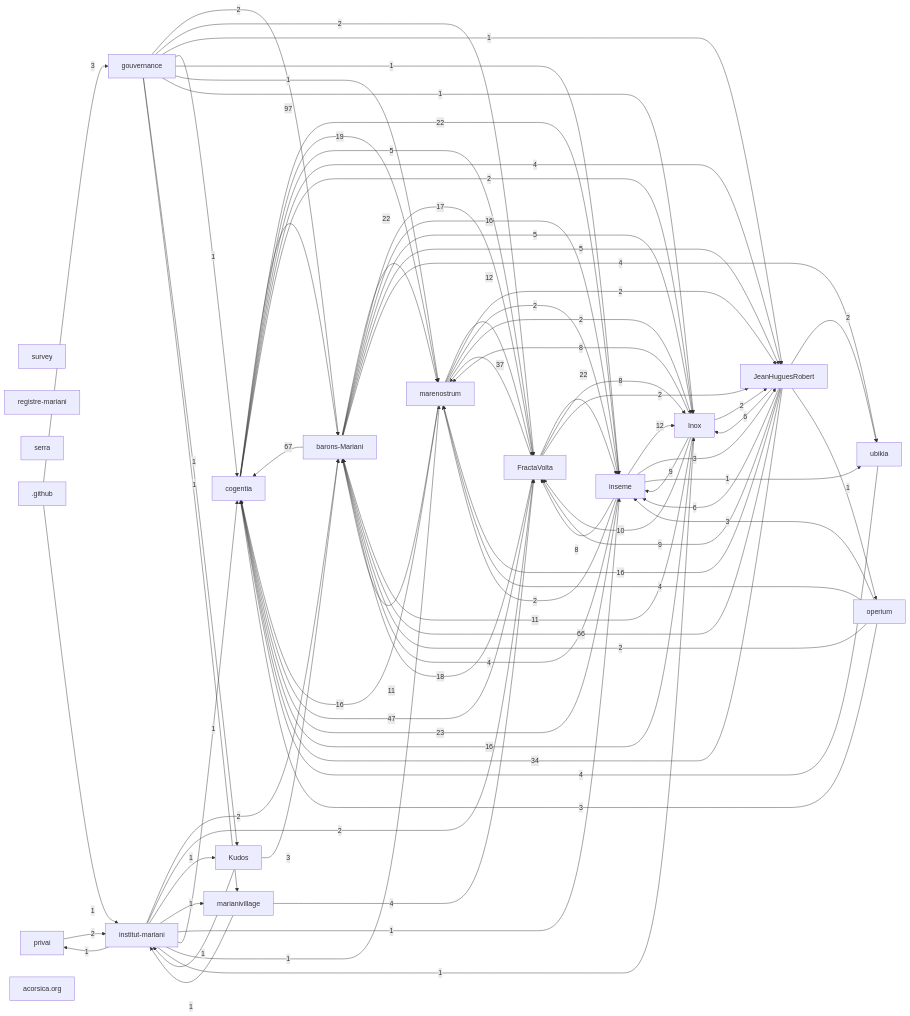
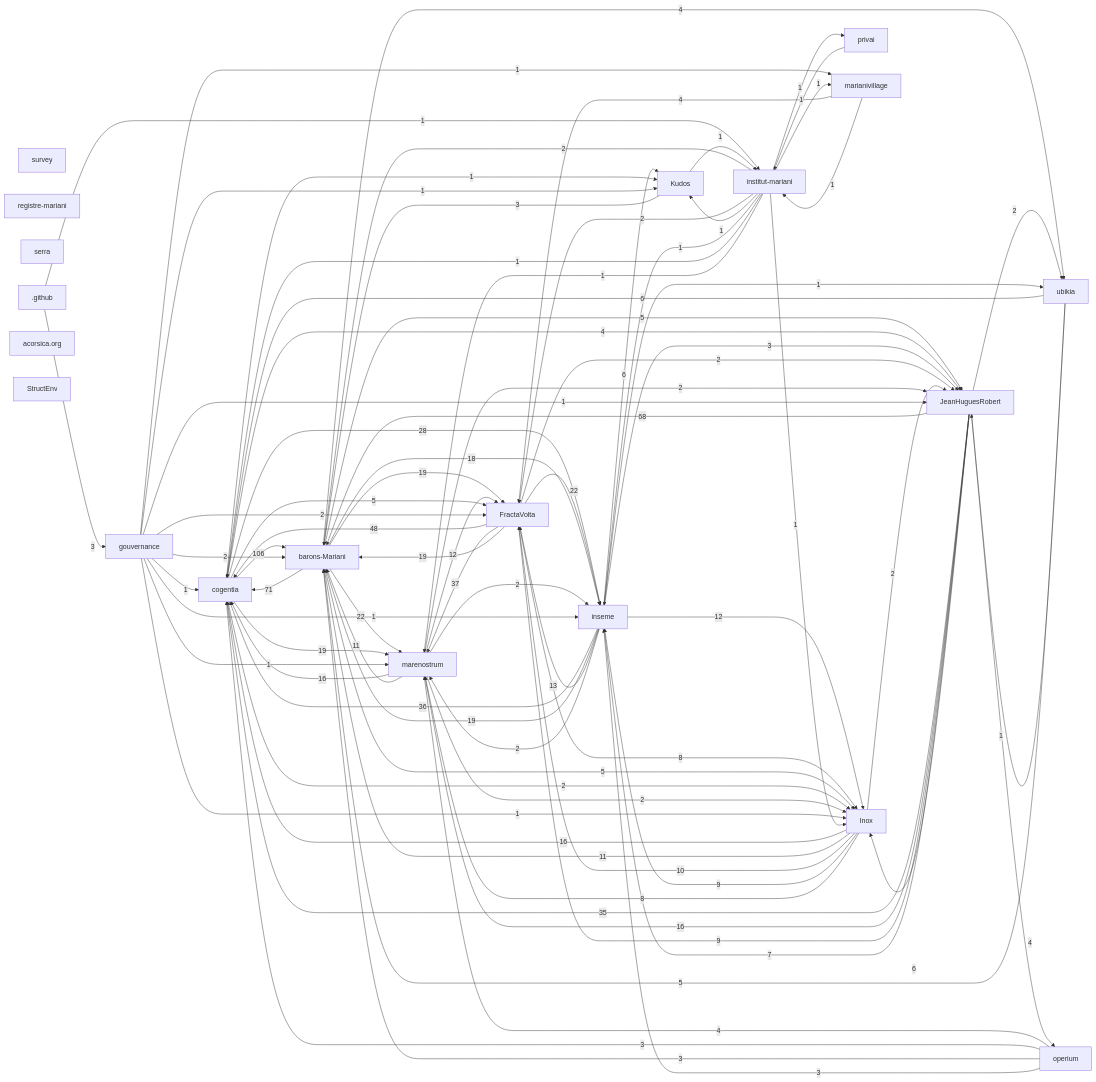
The first of 2 diagrams in research/corpus-status.md (acorsica/acorsica.org), drawn with Mermaid before and after one commit. The commit also changed other lines of this file, not shown here.

Commit message:
Refresh generated corpus views

````diff
--- a/research/corpus-status.md
+++ b/research/corpus-status.md
@@ -54,23 +55,26 @@
   r_kudos["Kudos"]
   r_github[".github"]
   r_acorsica_org["acorsica.org"]
-  r_cogentia -->|97| r_barons_mariani
-  r_barons_mariani -->|67| r_cogentia
-  r_jeanhuguesrobert -->|66| r_barons_mariani
-  r_fractavolta -->|47| r_cogentia
+  r_structenv["StructEnv"]
+  r_cogentia -->|106| r_barons_mariani
+  r_barons_mariani -->|71| r_cogentia
+  r_jeanhuguesrobert -->|68| r_barons_mariani
+  r_fractavolta -->|48| r_cogentia
   r_fractavolta -->|37| r_marenostrum
-  r_jeanhuguesrobert -->|34| r_cogentia
-  r_inseme -->|23| r_cogentia
+  r_inseme -->|36| r_cogentia
+  r_jeanhuguesrobert -->|35| r_cogentia
+  r_cogentia -->|28| r_inseme
   r_barons_mariani -->|22| r_marenostrum
-  r_cogentia -->|22| r_inseme
   r_fractavolta -->|22| r_inseme
+  r_barons_mariani -->|19| r_fractavolta
   r_cogentia -->|19| r_marenostrum
-  r_fractavolta -->|18| r_barons_mariani
-  r_barons_mariani -->|17| r_fractavolta
-  r_barons_mariani -->|16| r_inseme
+  r_fractavolta -->|19| r_barons_mariani
+  r_inseme -->|19| r_barons_mariani
+  r_barons_mariani -->|18| r_inseme
   r_inox -->|16| r_cogentia
   r_jeanhuguesrobert -->|16| r_marenostrum
   r_marenostrum -->|16| r_cogentia
+  r_inseme -->|13| r_fractavolta
   r_inseme -->|12| r_inox
   r_marenostrum -->|12| r_fractavolta
   r_inox -->|11| r_barons_mariani
@@ -80,22 +84,24 @@
   r_jeanhuguesrobert -->|9| r_fractavolta
   r_fractavolta -->|8| r_inox
   r_inox -->|8| r_marenostrum
-  r_inseme -->|8| r_fractavolta
-  r_jeanhuguesrobert -->|6| r_inseme
+  r_jeanhuguesrobert -->|7| r_inseme
+  r_inseme -->|6| r_kudos
   r_jeanhuguesrobert -->|6| r_inox
+  r_ubikia -->|6| r_cogentia
   r_barons_mariani -->|5| r_inox
   r_barons_mariani -->|5| r_jeanhuguesrobert
   r_cogentia -->|5| r_fractavolta
+  r_ubikia -->|5| r_barons_mariani
   r_barons_mariani -->|4| r_ubikia
   r_cogentia -->|4| r_jeanhuguesrobert
-  r_inseme -->|4| r_barons_mariani
   r_marianivillage -->|4| r_fractavolta
   r_operium -->|4| r_marenostrum
-  r_ubikia -->|4| r_cogentia
+  r_ubikia -->|4| r_jeanhuguesrobert
   r_github -->|3| r_gouvernance
   r_inseme -->|3| r_jeanhuguesrobert
   r_kudos -->|3| r_barons_mariani
   r_operium -->|3| r_cogentia
+  r_operium -->|3| r_barons_mariani
   r_operium -->|3| r_inseme
   r_cogentia -->|2| r_inox
   r_fractavolta -->|2| r_jeanhuguesrobert
@@ -109,9 +115,8 @@
   r_marenostrum -->|2| r_jeanhuguesrobert
   r_marenostrum -->|2| r_inseme
   r_marenostrum -->|2| r_inox
-  r_operium -->|2| r_barons_mariani
-  r_privai -->|2| r_institut_mariani
   r_github -->|1| r_institut_mariani
+  r_cogentia -->|1| r_kudos
   r_gouvernance -->|1| r_jeanhuguesrobert
   r_gouvernance -->|1| r_cogentia
   r_gouvernance -->|1| r_inseme
@@ -130,4 +135,5 @@
   r_jeanhuguesrobert -->|1| r_operium
   r_kudos -->|1| r_institut_mariani
   r_marianivillage -->|1| r_institut_mariani
+  r_privai -->|1| r_institut_mariani
 ```
````
